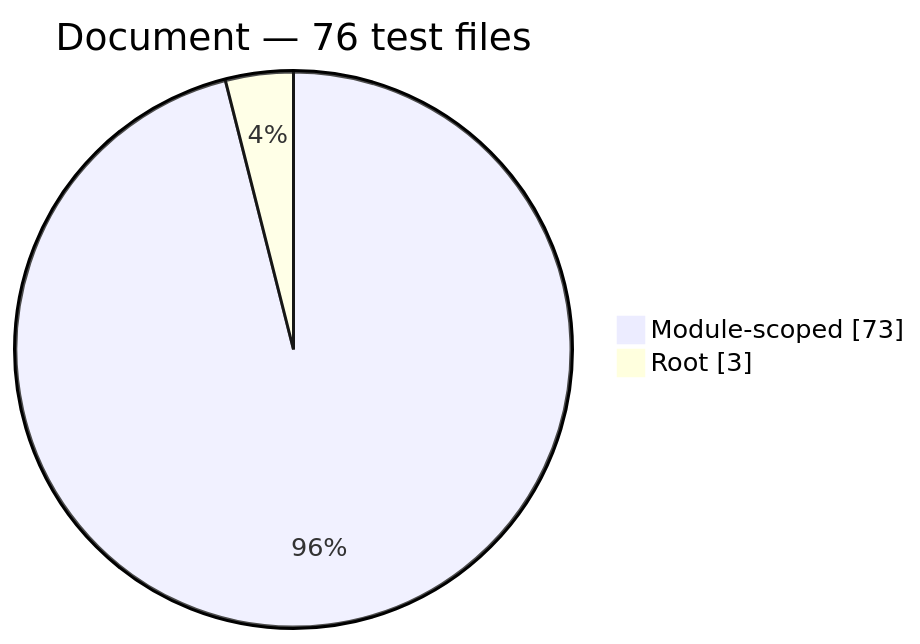
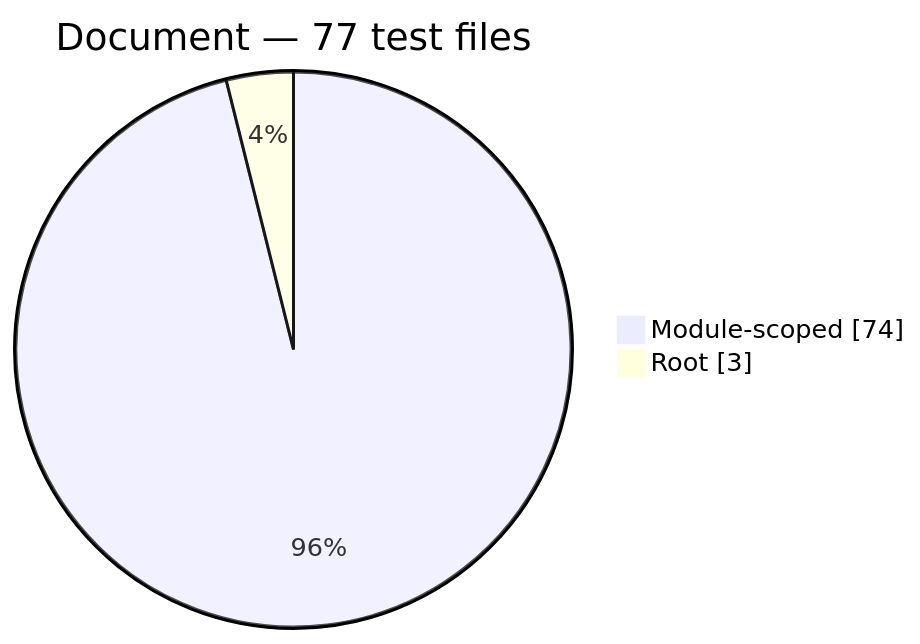
Before and after one commit to Mohammed-Alama/php-arazzo: the fourth of 12 diagrams in docs/generated/test-composition.md, drawn with Mermaid. The commit also changed other lines of this file and 15 other files, not shown here.

````diff
--- a/docs/generated/test-composition.md
+++ b/docs/generated/test-composition.md
@@ -60,6 +60,6 @@
 ```mermaid
 pie showData
-    title Document — 76 test files
-    "Module-scoped": 73
+    title Document — 77 test files
+    "Module-scoped": 74
     "Root": 3
 ```
````
